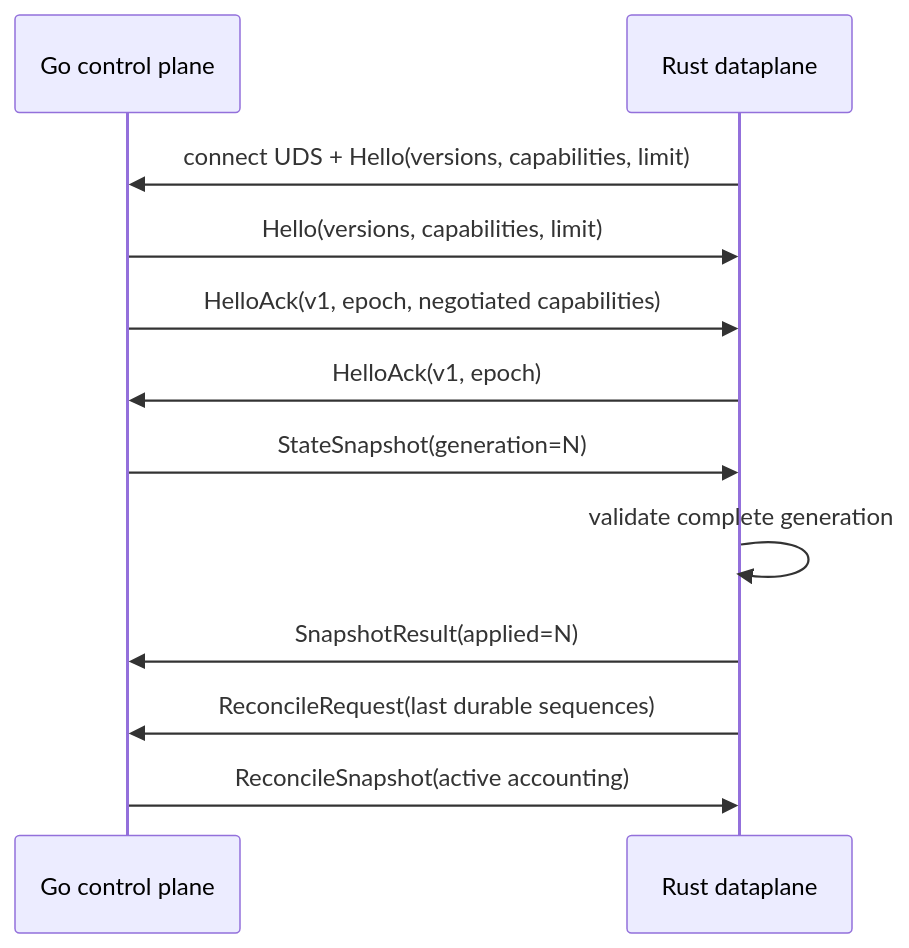
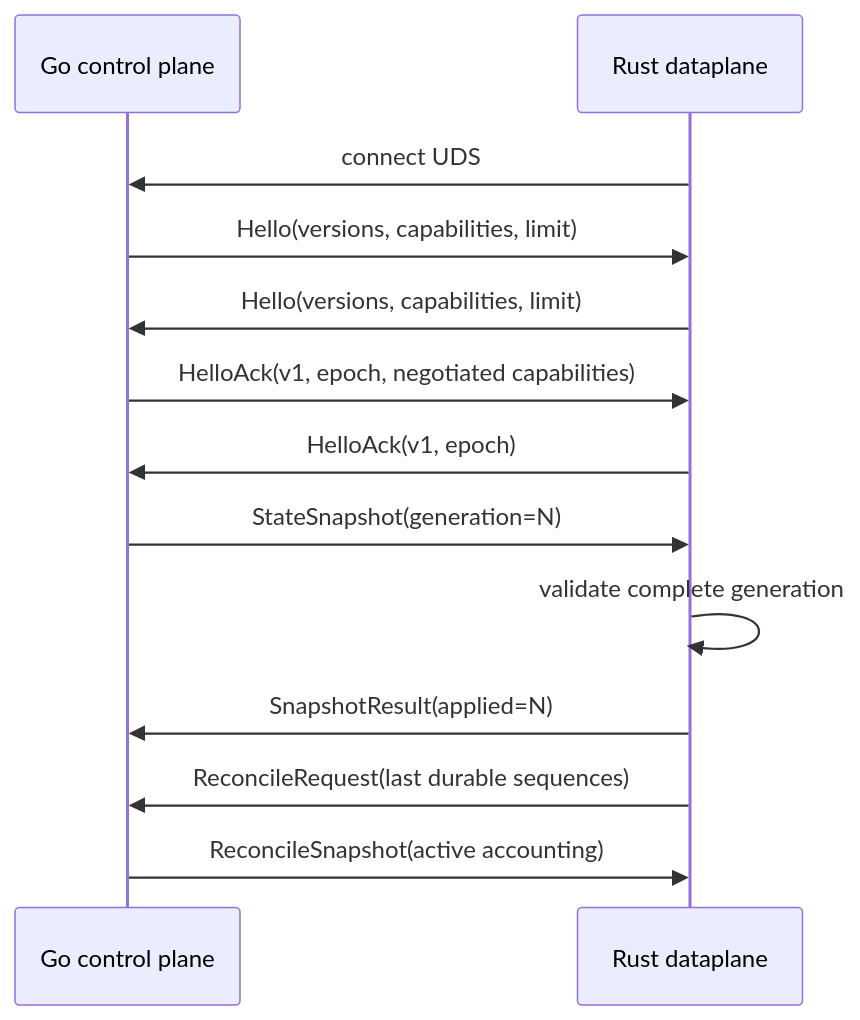
The first of 2 diagrams in docs/design/rust-control-protocol-v1.md (bb7133/tiproxy), drawn with Mermaid before and after one commit. The commit also changed other lines of this file and 47 other files, not shown here.

````diff
--- a/docs/design/rust-control-protocol-v1.md
+++ b/docs/design/rust-control-protocol-v1.md
@@ -110,14 +122,15 @@
 ```mermaid
 sequenceDiagram
     participant G as Go control plane
     participant R as Rust dataplane
-    R->>G: connect UDS + Hello(versions, capabilities, limit)
+    R->>G: connect UDS
     G->>R: Hello(versions, capabilities, limit)
+    R->>G: Hello(versions, capabilities, limit)
     G->>R: HelloAck(v1, epoch, negotiated capabilities)
     R->>G: HelloAck(v1, epoch)
     G->>R: StateSnapshot(generation=N)
     R->>R: validate complete generation
     R->>G: SnapshotResult(applied=N)
     R->>G: ReconcileRequest(last durable sequences)
     G->>R: ReconcileSnapshot(active accounting)
 ```
````
